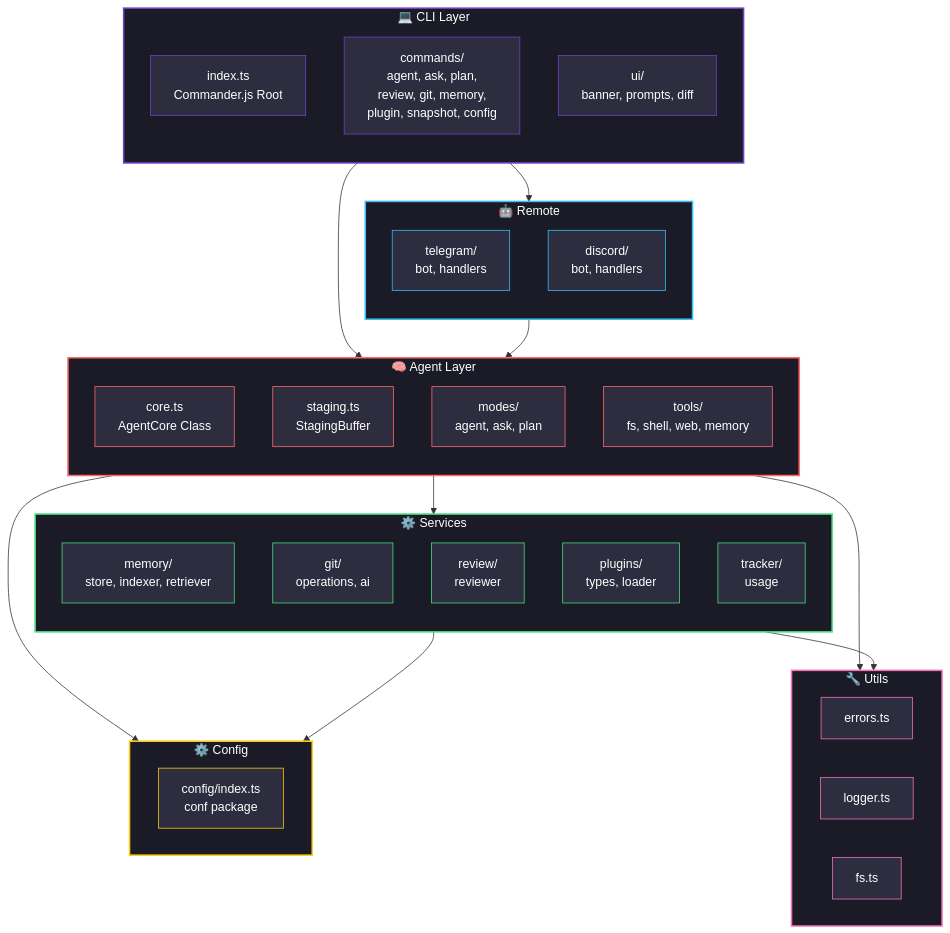
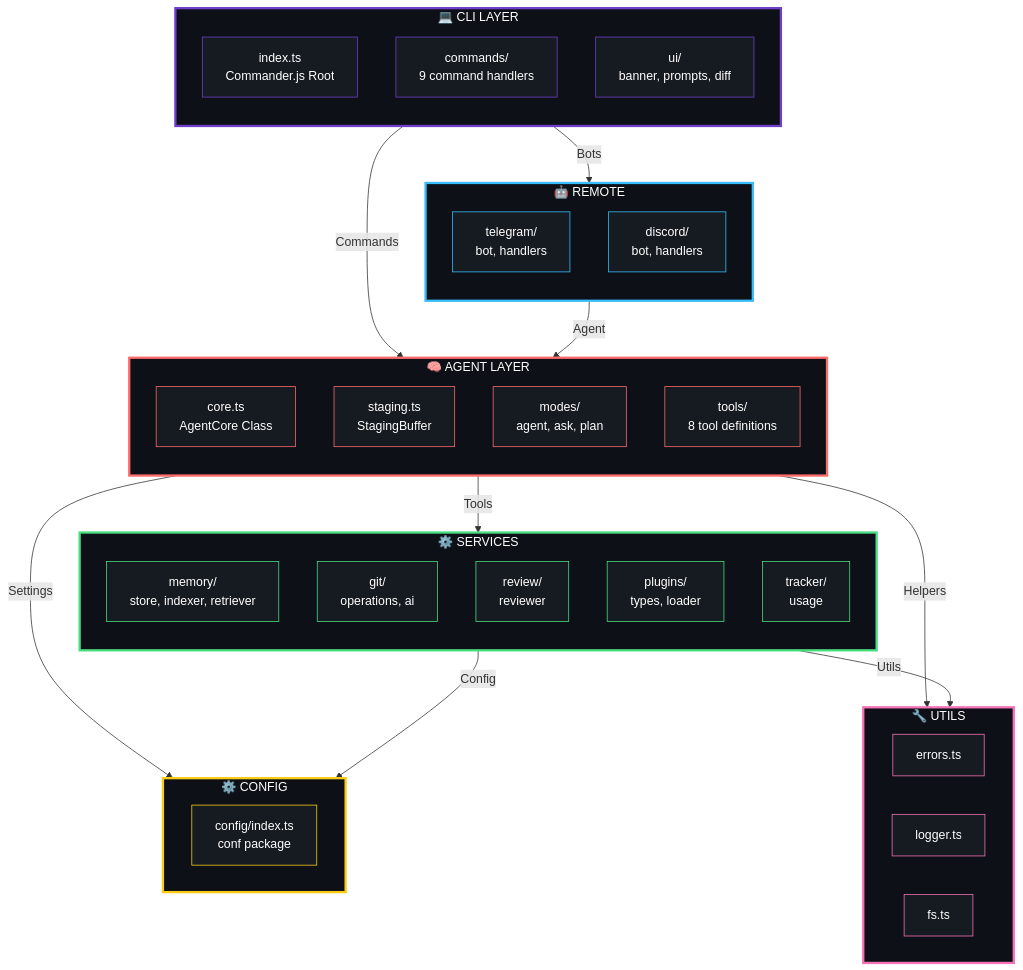
Before and after one commit to soumyachk101/HelloClaw: the sixth of 8 diagrams in README.md, drawn with Mermaid. The commit also changed other lines of this file, not shown here.

````diff
--- a/README.md
+++ b/README.md
@@ -306,77 +482,77 @@
 ```mermaid
 graph TB
-    subgraph CLI["💻 CLI Layer"]
+    subgraph CLI["💻 CLI LAYER"]
         direction TB
         CLI1["index.ts\nCommander.js Root"]
-        CLI2["commands/\nagent, ask, plan,\nreview, git, memory,\nplugin, snapshot, config"]
+        CLI2["commands/\n9 command handlers"]
         CLI3["ui/\nbanner, prompts, diff"]
     end
 
-    subgraph Agent["🧠 Agent Layer"]
+    subgraph Agent["🧠 AGENT LAYER"]
         direction TB
         A1["core.ts\nAgentCore Class"]
         A2["staging.ts\nStagingBuffer"]
         A3["modes/\nagent, ask, plan"]
-        A4["tools/\nfs, shell, web, memory"]
+        A4["tools/\n8 tool definitions"]
     end
 
-    subgraph Services["⚙️ Services"]
+    subgraph Services["⚙️ SERVICES"]
         direction TB
         S1["memory/\nstore, indexer, retriever"]
         S2["git/\noperations, ai"]
         S3["review/\nreviewer"]
         S4["plugins/\ntypes, loader"]
         S5["tracker/\nusage"]
     end
 
-    subgraph Remote["🤖 Remote"]
+    subgraph Remote["🤖 REMOTE"]
         direction TB
         R1["telegram/\nbot, handlers"]
         R2["discord/\nbot, handlers"]
     end
 
-    subgraph Config["⚙️ Config"]
+    subgraph Config["⚙️ CONFIG"]
         C1["config/index.ts\nconf package"]
     end
 
-    subgraph Utils["🔧 Utils"]
+    subgraph Utils["🔧 UTILS"]
         direction LR
         U1["errors.ts"]
         U2["logger.ts"]
         U3["fs.ts"]
     end
 
-    CLI --> Agent
-    Agent --> Services
-    CLI --> Remote
-    Agent --> Config
-    Agent --> Utils
-    Services --> Config
-    Services --> Utils
-    Remote --> Agent
+    CLI -->|"Commands"| Agent
+    Agent -->|"Tools"| Services
+    CLI -->|"Bots"| Remote
+    Agent -->|"Settings"| Config
+    Agent -->|"Helpers"| Utils
+    Services -->|"Config"| Config
+    Services -->|"Utils"| Utils
+    Remote -->|"Agent"| Agent
 
-    style CLI fill:#1a1b26,stroke:#6e40c9,stroke-width:2px,color:#fff
-    style Agent fill:#1a1b26,stroke:#ff6b6b,stroke-width:2px,color:#fff
-    style Services fill:#1a1b26,stroke:#4ade80,stroke-width:2px,color:#fff
-    style Remote fill:#1a1b26,stroke:#38bdf8,stroke-width:2px,color:#fff
-    style Config fill:#1a1b26,stroke:#facc15,stroke-width:2px,color:#fff
-    style Utils fill:#1a1b26,stroke:#f472b6,stroke-width:2px,color:#fff
-    style CLI1 fill:#2d2d3f,stroke:#6e40c9,color:#fff
-    style CLI2 fill:#2d2d3f,stroke:#6e40c9,color:#fff
-    style CLI3 fill:#2d2d3f,stroke:#6e40c9,color:#fff
-    style A1 fill:#2d2d3f,stroke:#ff6b6b,color:#fff
-    style A2 fill:#2d2d3f,stroke:#ff6b6b,color:#fff
-    style A3 fill:#2d2d3f,stroke:#ff6b6b,color:#fff
-    style A4 fill:#2d2d3f,stroke:#ff6b6b,color:#fff
-    style S1 fill:#2d2d3f,stroke:#4ade80,color:#fff
-    style S2 fill:#2d2d3f,stroke:#4ade80,color:#fff
-    style S3 fill:#2d2d3f,stroke:#4ade80,color:#fff
-    style S4 fill:#2d2d3f,stroke:#4ade80,color:#fff
-    style S5 fill:#2d2d3f,stroke:#4ade80,color:#fff
-    style R1 fill:#2d2d3f,stroke:#38bdf8,color:#fff
-    style R2 fill:#2d2d3f,stroke:#38bdf8,color:#fff
-    style C1 fill:#2d2d3f,stroke:#facc15,color:#fff
-    style U1 fill:#2d2d3f,stroke:#f472b6,color:#fff
-    style U2 fill:#2d2d3f,stroke:#f472b6,color:#fff
-    style U3 fill:#2d2d3f,stroke:#f472b6,color:#fff
+    style CLI fill:#0d1117,stroke:#6e40c9,stroke-width:3px,color:#fff
+    style Agent fill:#0d1117,stroke:#ff6b6b,stroke-width:3px,color:#fff
+    style Services fill:#0d1117,stroke:#4ade80,stroke-width:3px,color:#fff
+    style Remote fill:#0d1117,stroke:#38bdf8,stroke-width:3px,color:#fff
+    style Config fill:#0d1117,stroke:#facc15,stroke-width:3px,color:#fff
+    style Utils fill:#0d1117,stroke:#f472b6,stroke-width:3px,color:#fff
+    style CLI1 fill:#161b22,stroke:#6e40c9,color:#fff
+    style CLI2 fill:#161b22,stroke:#6e40c9,color:#fff
+    style CLI3 fill:#161b22,stroke:#6e40c9,color:#fff
+    style A1 fill:#161b22,stroke:#ff6b6b,color:#fff
+    style A2 fill:#161b22,stroke:#ff6b6b,color:#fff
+    style A3 fill:#161b22,stroke:#ff6b6b,color:#fff
+    style A4 fill:#161b22,stroke:#ff6b6b,color:#fff
+    style S1 fill:#161b22,stroke:#4ade80,color:#fff
+    style S2 fill:#161b22,stroke:#4ade80,color:#fff
+    style S3 fill:#161b22,stroke:#4ade80,color:#fff
+    style S4 fill:#161b22,stroke:#4ade80,color:#fff
+    style S5 fill:#161b22,stroke:#4ade80,color:#fff
+    style R1 fill:#161b22,stroke:#38bdf8,color:#fff
+    style R2 fill:#161b22,stroke:#38bdf8,color:#fff
+    style C1 fill:#161b22,stroke:#facc15,color:#fff
+    style U1 fill:#161b22,stroke:#f472b6,color:#fff
+    style U2 fill:#161b22,stroke:#f472b6,color:#fff
+    style U3 fill:#161b22,stroke:#f472b6,color:#fff
 ```
````
